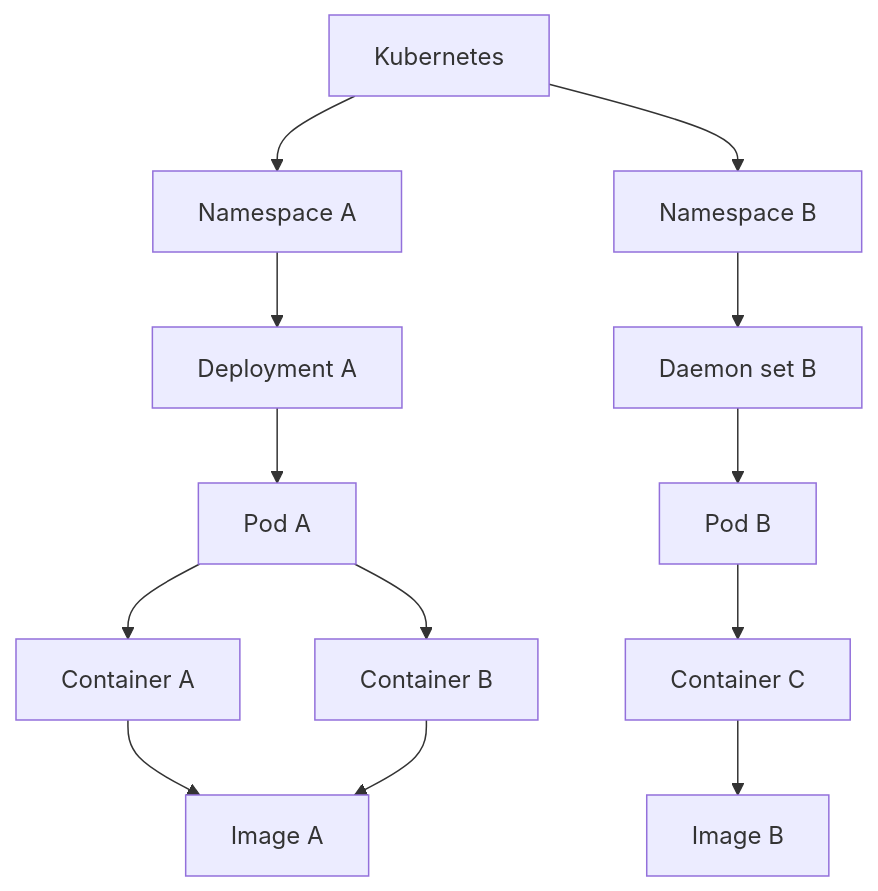
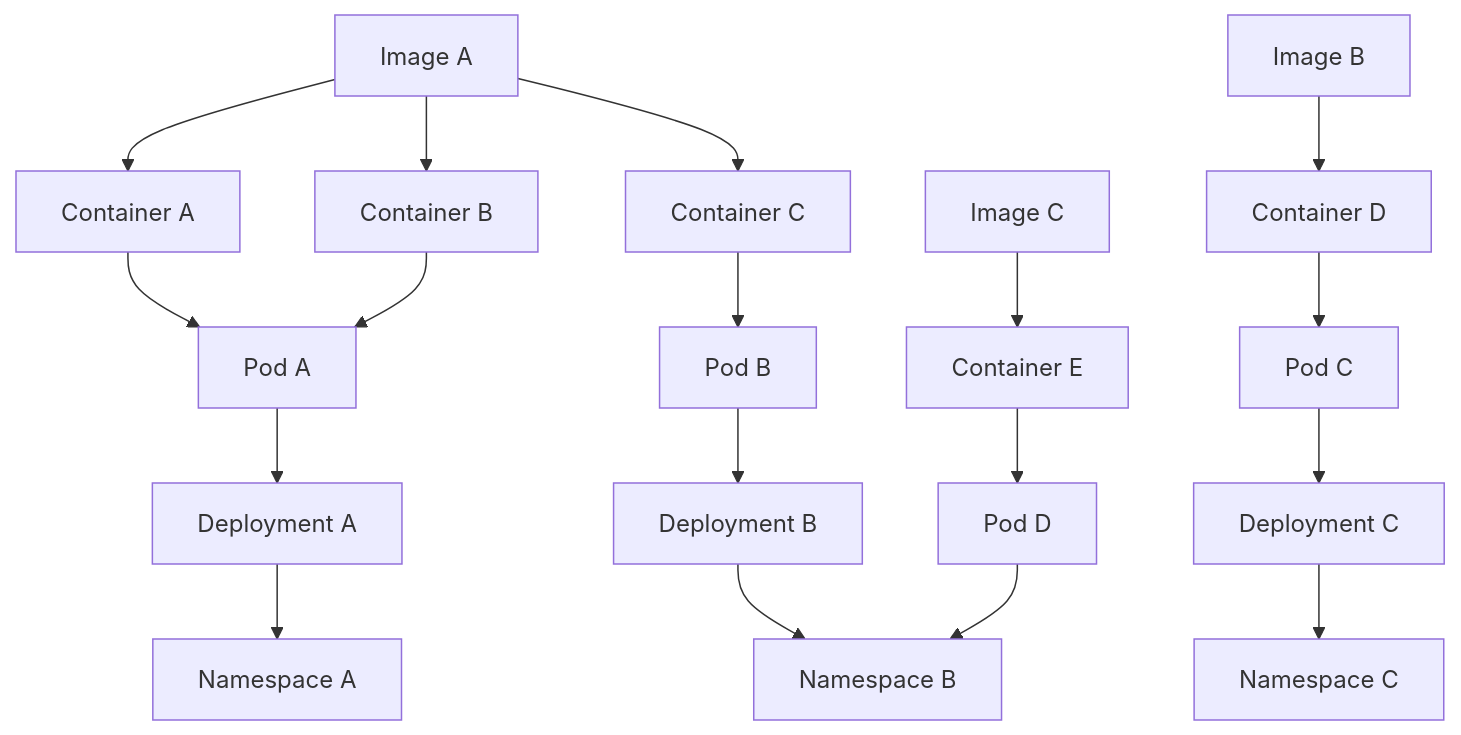
One commit to AlexGustafsson/cupdate changed the diagram in docs/architecture/architecture.md. Above: the diagram before and after it, drawn with Mermaid. The commit also changed other lines of this file and 6 other files, not shown here.

First line of the commit message:
Rename graphs

````diff
--- a/docs/architecture/architecture.md
+++ b/docs/architecture/architecture.md
@@ -21,31 +21,46 @@
 ```mermaid
 flowchart TD
-  kubernetes[Kubernetes]
-  kubernetes --> namespaceA
-  kubernetes --> namespaceB
+  imageA[Image A]
+  containerA[Container A]
+  podA[Pod A]
+  deploymentA[Deployment A]
+  namespaceA[Namespace A]
 
-  namespaceA[Namespace A]
-  deploymentA[Deployment A]
-  podA[Pod A]
-  containerA[Container A]
+  imageA --> containerA
+  containerA --> podA
+  podA --> deploymentA
+  deploymentA --> namespaceA
+
   containerB[Container B]
-  imageA[Image A]
+  imageA --> containerB
+  containerB --> podA
 
-  namespaceA --> deploymentA
-  deploymentA --> podA
-  podA --> containerA
-  podA --> containerB
-  containerA --> imageA
-  containerB --> imageA
+  containerC[Container C]
+  podB[Pod B]
+  deploymentB[Deployment B]
+  namespaceB[Namespace B]
 
-  namespaceB[Namespace B]
-  daemonSetB[Daemon set B]
-  podB[Pod B]
-  containerC[Container C]
+  imageA --> containerC
+  containerC --> podB
+  podB --> deploymentB
+  deploymentB --> namespaceB
+
   imageB[Image B]
+  containerD[Container D]
+  podC[Pod C]
+  deploymentC[Deployment C]
+  namespaceC[Namespace C]
 
-  namespaceB --> daemonSetB
-  daemonSetB --> podB
-  podB --> containerC
-  containerC --> imageB
+  imageB --> containerD
+  containerD --> podC
+  podC --> deploymentC
+  deploymentC --> namespaceC
+
+  imageC[Image C]
+  containerE[Container E]
+  podD[Pod D]
+
+  imageC --> containerE
+  containerE --> podD
+  podD --> namespaceB
 ```
````
